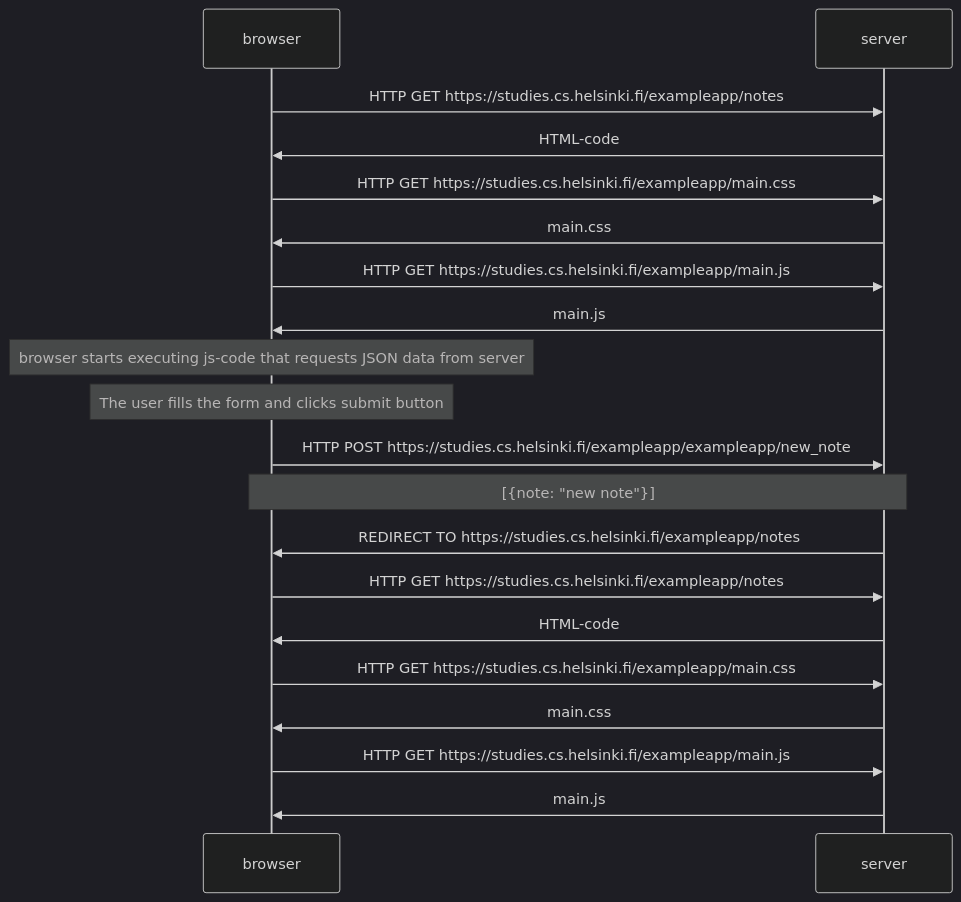
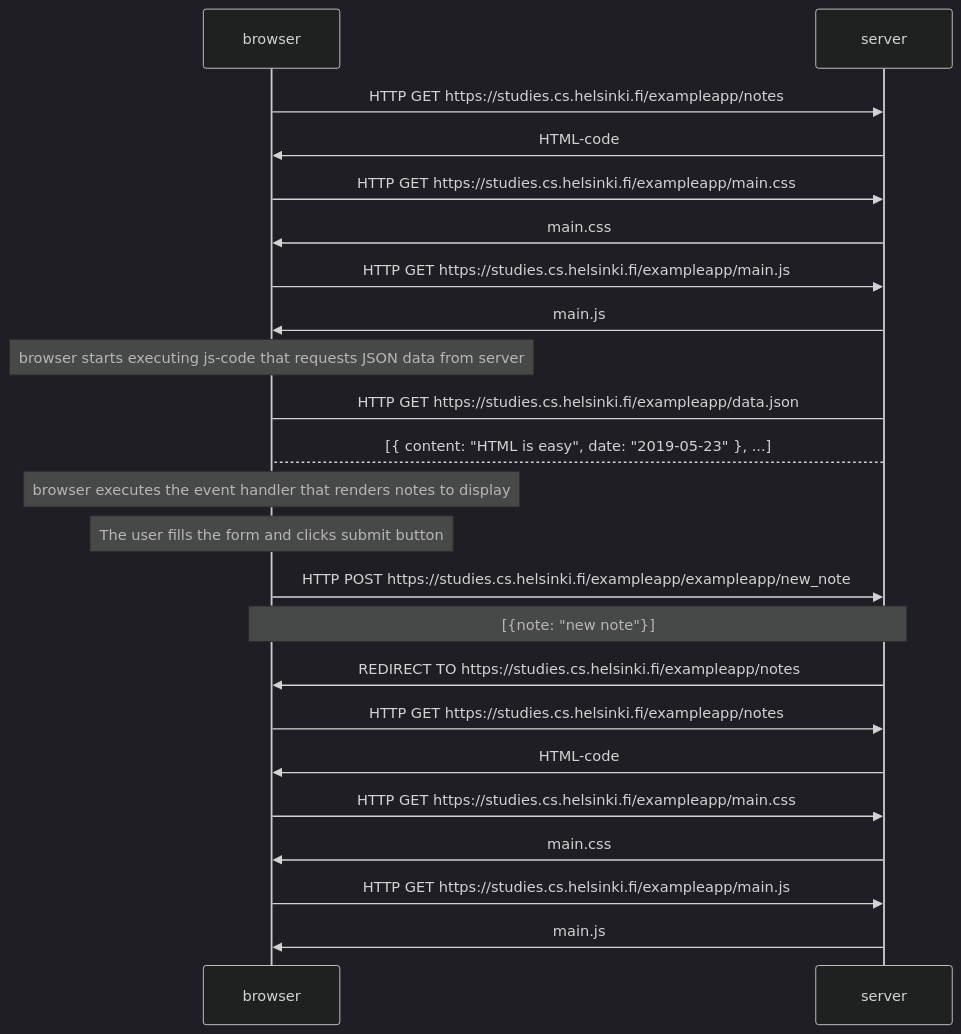
Before and after one commit to skywno/full-stack-dev: the diagram in part0/new_note_diagram.md, drawn with Mermaid (dark theme).

````diff
--- a/part0/new_note_diagram.md
+++ b/part0/new_note_diagram.md
@@ -1,24 +1,31 @@
 ```mermaid
 sequenceDiagram
     participant browser
     participant server
     
     browser ->> server : HTTP GET https://studies.cs.helsinki.fi/exampleapp/notes 
     server ->> browser: HTML-code
     browser ->> server: HTTP GET https://studies.cs.helsinki.fi/exampleapp/main.css
     server ->> browser: main.css
     browser ->> server: HTTP GET https://studies.cs.helsinki.fi/exampleapp/main.js
     server ->> browser: main.js
     
     note over browser: browser starts executing js-code that requests JSON data from server
+
+    browser->server: HTTP GET https://studies.cs.helsinki.fi/exampleapp/data.json
+    server-->browser: [{ content: "HTML is easy", date: "2019-05-23" }, ...]
+
+    note over browser: browser executes the event handler that renders notes to display
+ 
     note over browser: The user fills the form and clicks submit button 
     browser ->> server: HTTP POST https://studies.cs.helsinki.fi/exampleapp/exampleapp/new_note 
     note over browser, server: [{note: "new note"}]
+    
     server ->> browser: REDIRECT TO https://studies.cs.helsinki.fi/exampleapp/notes
     browser ->> server: HTTP GET https://studies.cs.helsinki.fi/exampleapp/notes
     server ->> browser: HTML-code
     browser ->> server: HTTP GET https://studies.cs.helsinki.fi/exampleapp/main.css
     server ->> browser: main.css
     browser ->> server: HTTP GET https://studies.cs.helsinki.fi/exampleapp/main.js
     server ->> browser: main.js
 ```
````
